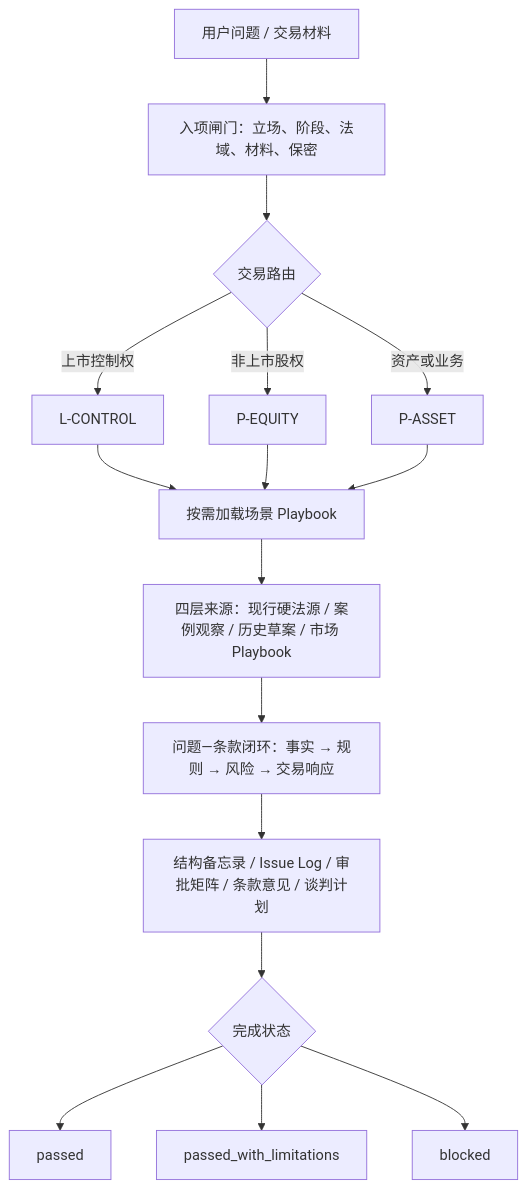
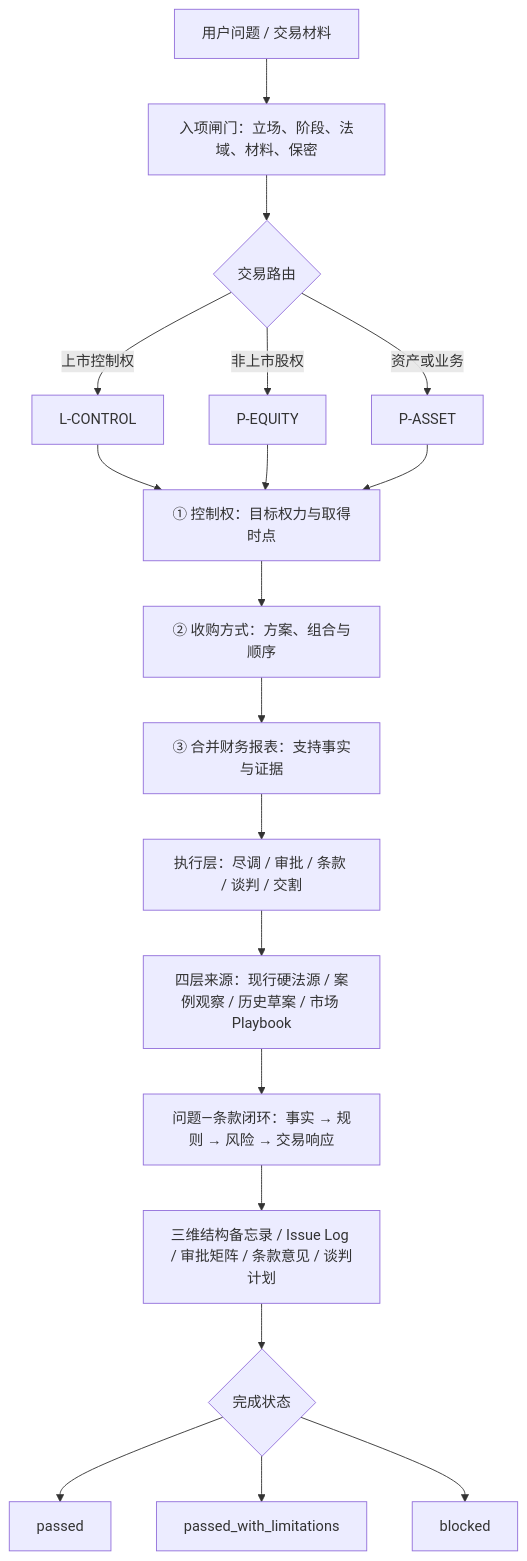
The diagram in README.md (zhy1126/Cross-border-M-and-A-Investment), drawn with Mermaid before and after one commit. The commit also changed other lines of this file and 3 other files, not shown here.

````diff
--- a/README.md
+++ b/README.md
@@ -46,18 +58,21 @@
 ```mermaid
 flowchart TD
     A["用户问题 / 交易材料"] --> B["入项闸门：立场、阶段、法域、材料、保密"]
     B --> C{"交易路由"}
     C -->|"上市控制权"| L["L-CONTROL"]
     C -->|"非上市股权"| P["P-EQUITY"]
     C -->|"资产或业务"| Q["P-ASSET"]
-    L --> D["按需加载场景 Playbook"]
-    P --> D
-    Q --> D
+    L --> K1["① 控制权：目标权力与取得时点"]
+    P --> K1
+    Q --> K1
+    K1 --> K2["② 收购方式：方案、组合与顺序"]
+    K2 --> K3["③ 合并财务报表：支持事实与证据"]
+    K3 --> D["执行层：尽调 / 审批 / 条款 / 谈判 / 交割"]
     D --> E["四层来源：现行硬法源 / 案例观察 / 历史草案 / 市场 Playbook"]
     E --> F["问题—条款闭环：事实 → 规则 → 风险 → 交易响应"]
-    F --> G["结构备忘录 / Issue Log / 审批矩阵 / 条款意见 / 谈判计划"]
+    F --> G["三维结构备忘录 / Issue Log / 审批矩阵 / 条款意见 / 谈判计划"]
     G --> H{"完成状态"}
     H --> H1["passed"]
     H --> H2["passed_with_limitations"]
     H --> H3["blocked"]
 ```
````
